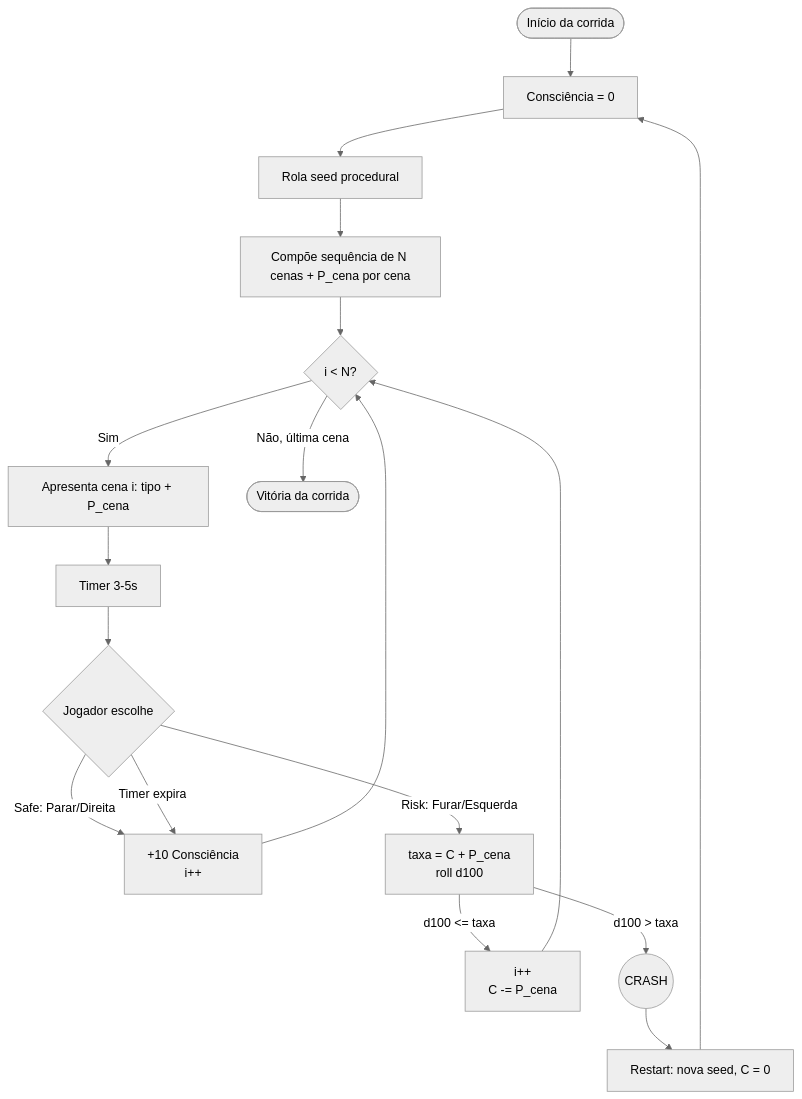
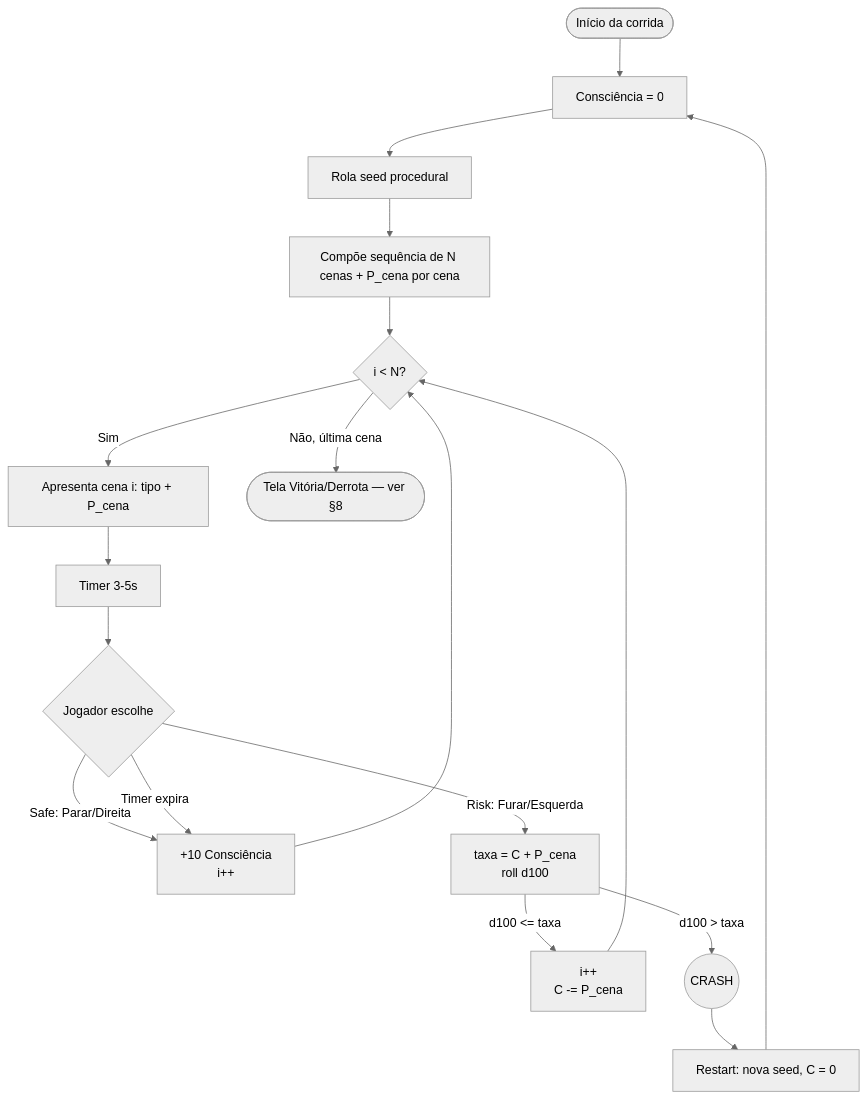
The diagram in docs/02-Core-Loop/Corrida - Core Loop.md (edneyreis999/Jonny), drawn with Mermaid (neutral theme) before and after one commit. The commit also changed other lines of this file and 8 other files, not shown here.

````diff
--- a/docs/02-Core-Loop/Corrida - Core Loop.md
+++ b/docs/02-Core-Loop/Corrida - Core Loop.md
@@ -72,20 +84,20 @@
 ```mermaid
 flowchart TD
     Start([Início da corrida]) --> InitC[Consciência = 0]
     InitC --> Seed[Rola seed procedural]
     Seed --> Compose[Compõe sequência de N cenas + P_cena por cena]
     Compose --> Next{i < N?}
     Next -->|Sim| Scene[Apresenta cena i: tipo + P_cena]
     Scene --> Timer[Timer 3-5s]
     Timer --> Input{Jogador escolhe}
     Input -->|Safe: Parar/Direita| SafePlus["+10 Consciência<br/>i++"]
     SafePlus --> Next
     Input -->|Risk: Furar/Esquerda| Roll["taxa = C + P_cena<br/>roll d100"]
     Roll -->|d100 <= taxa| RiskOk["i++<br/>C -= P_cena"]
     RiskOk --> Next
     Roll -->|d100 > taxa| Crash((CRASH))
     Input -->|Timer expira| SafePlus["+10 Consciência<br/>i++"]
-    Next -->|Não, última cena| End([Vitória da corrida])
+    Next -->|Não, última cena| End([Tela Vitória/Derrota — ver §8])
     Crash --> Restart[Restart: nova seed, C = 0]
     Restart --> InitC
 ```
````
